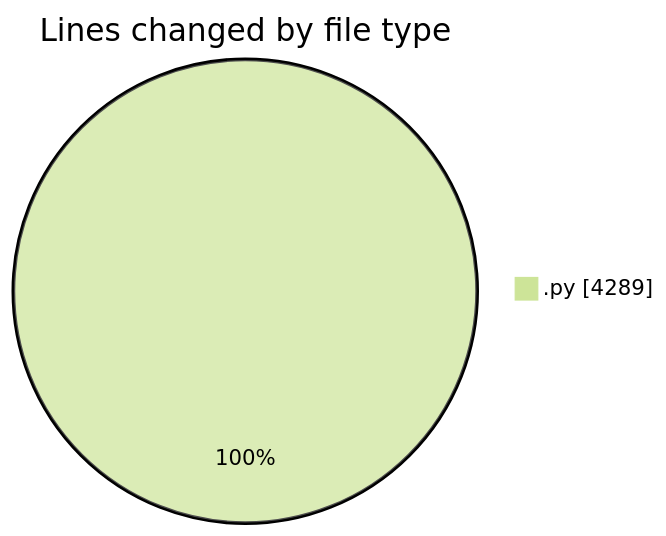
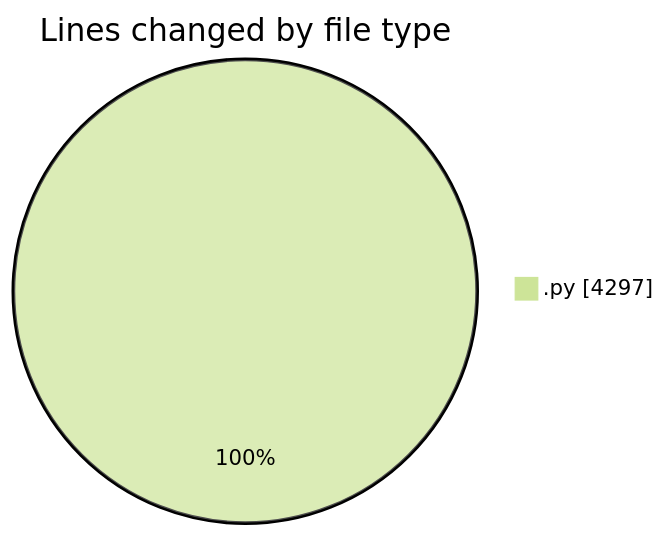
Before and after one commit to MatusMokan/code-tracking: the first of 2 diagrams in 2025-04-18/myws__workspace_/README.md, drawn with Mermaid (forest theme). The commit also changed other lines of this file and 1 other file, not shown here.

````diff
--- a/2025-04-18/myws__workspace_/README.md
+++ b/2025-04-18/myws__workspace_/README.md
@@ -21,5 +21,5 @@
 ```mermaid
 pie showData
 title Lines changed by file type
-".py" : 4289
+".py" : 4297
 ```
````
